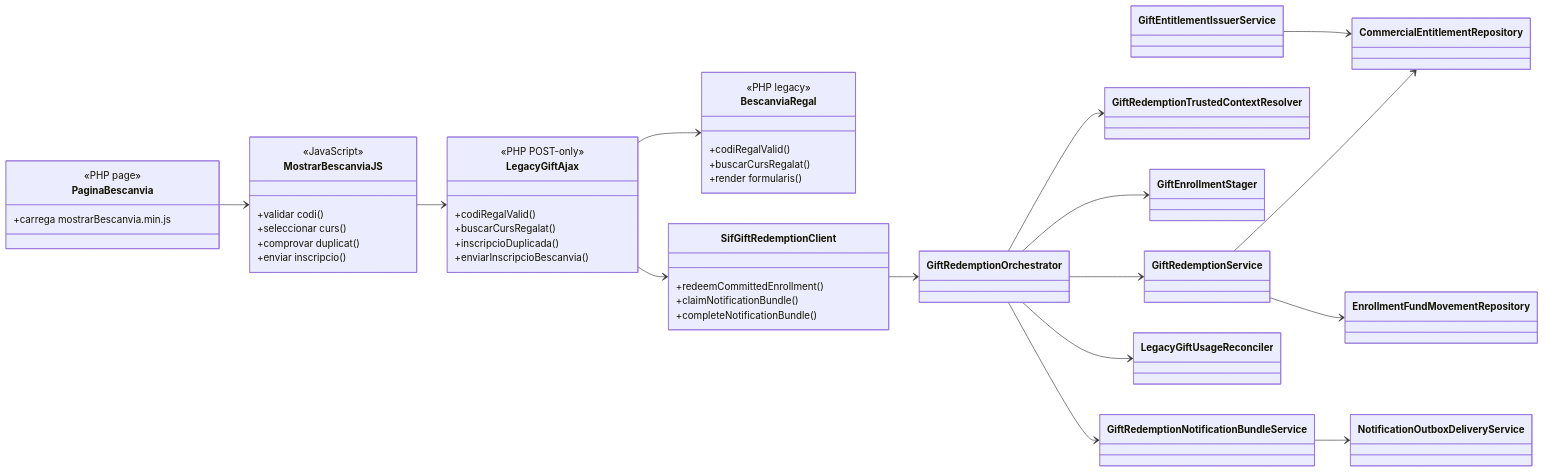
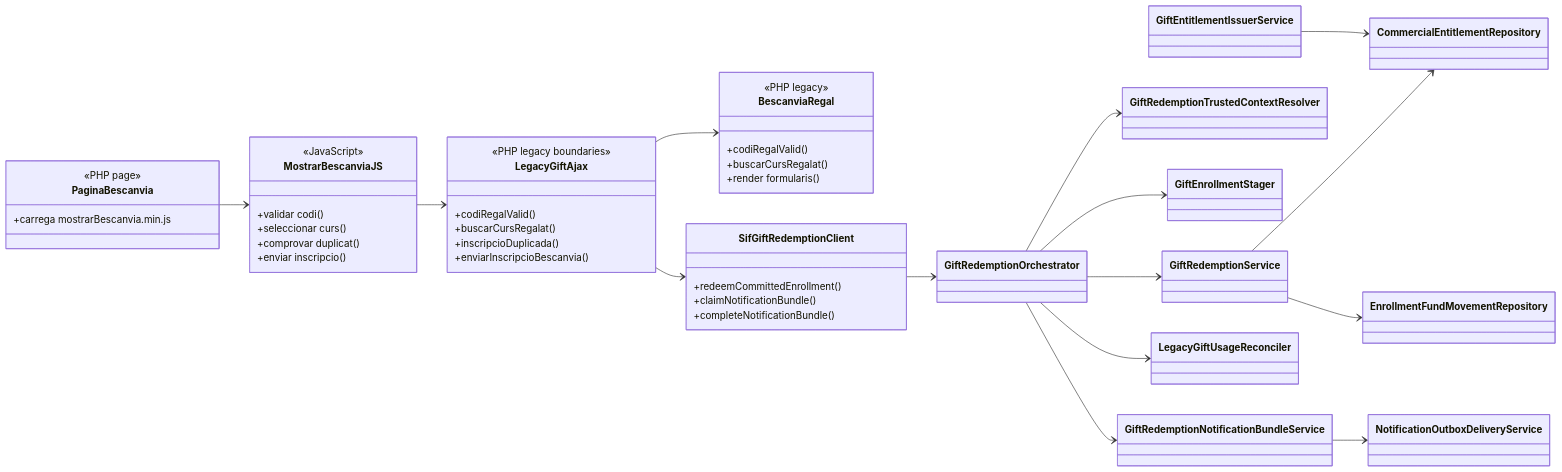
Before and after one commit to orgmeriemprismacat-del/verifactu: the diagram in documentacio/07-uml-integrat/uc-018-classes-actual-final.md, drawn with Mermaid. The commit also changed other lines of this file, not shown here.

Commit message:
docs(UC-018): precisar POST del duplicat compartit

````diff
--- a/documentacio/07-uml-integrat/uc-018-classes-actual-final.md
+++ b/documentacio/07-uml-integrat/uc-018-classes-actual-final.md
@@ -9,59 +9,59 @@
 ```mermaid
 classDiagram
 direction LR
 
 class PaginaBescanvia {
   <<PHP page>>
   +carrega mostrarBescanvia.min.js
 }
 class MostrarBescanviaJS {
   <<JavaScript>>
   +validar codi()
   +seleccionar curs()
   +comprovar duplicat()
   +enviar inscripcio()
 }
 class LegacyGiftAjax {
-  <<PHP POST-only>>
+  <<PHP legacy boundaries>>
   +codiRegalValid()
   +buscarCursRegalat()
   +inscripcioDuplicada()
   +enviarInscripcioBescanvia()
 }
 class BescanviaRegal {
   <<PHP legacy>>
   +codiRegalValid()
   +buscarCursRegalat()
   +render formularis()
 }
 class SifGiftRedemptionClient {
   +redeemCommittedEnrollment()
   +claimNotificationBundle()
   +completeNotificationBundle()
 }
 class GiftEntitlementIssuerService
 class CommercialEntitlementRepository
 class GiftRedemptionTrustedContextResolver
 class GiftEnrollmentStager
 class GiftRedemptionService
 class EnrollmentFundMovementRepository
 class LegacyGiftUsageReconciler
 class GiftRedemptionOrchestrator
 class GiftRedemptionNotificationBundleService
 class NotificationOutboxDeliveryService
 
 PaginaBescanvia --> MostrarBescanviaJS
 MostrarBescanviaJS --> LegacyGiftAjax
 LegacyGiftAjax --> BescanviaRegal
 LegacyGiftAjax --> SifGiftRedemptionClient
 SifGiftRedemptionClient --> GiftRedemptionOrchestrator
 GiftEntitlementIssuerService --> CommercialEntitlementRepository
 GiftRedemptionOrchestrator --> GiftRedemptionTrustedContextResolver
 GiftRedemptionOrchestrator --> GiftEnrollmentStager
 GiftRedemptionOrchestrator --> GiftRedemptionService
 GiftRedemptionService --> CommercialEntitlementRepository
 GiftRedemptionService --> EnrollmentFundMovementRepository
 GiftRedemptionOrchestrator --> LegacyGiftUsageReconciler
 GiftRedemptionOrchestrator --> GiftRedemptionNotificationBundleService
 GiftRedemptionNotificationBundleService --> NotificationOutboxDeliveryService
 ```
````
